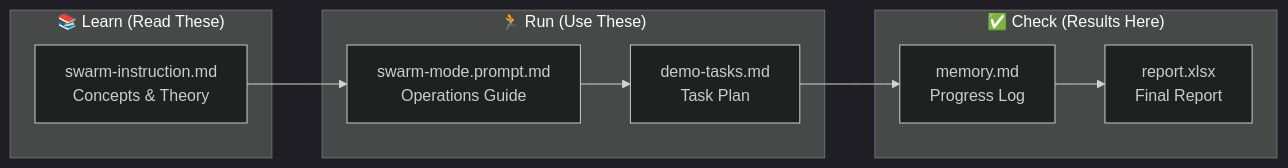
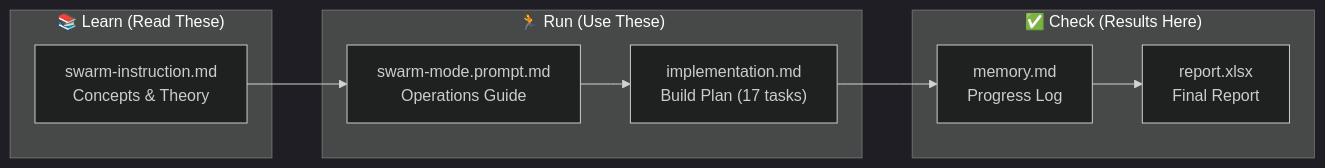
Before and after one commit to lenvolk/simplepetapp: the second of 5 diagrams in README.md, drawn with Mermaid (dark theme). The commit also changed other lines of this file and 7 other files, not shown here.

Commit message:
Refactor documentation and cleanup scripts: remove demo tasks, update implementation references, and enhance report tracking setup for multi-agent orchestration.

````diff
--- a/README.md
+++ b/README.md
@@ -208,18 +200,18 @@
 ```mermaid
 flowchart LR
     subgraph LEARN ["📚 Learn (Read These)"]
         A["swarm-instruction.md<br/>Concepts & Theory"]
     end
     
     subgraph RUN ["🏃 Run (Use These)"]
         B["swarm-mode.prompt.md<br/>Operations Guide"]
-        C["demo-tasks.md<br/>Task Plan"]
+        C["implementation.md<br/>Build Plan (17 tasks)"]
     end
     
     subgraph CHECK ["✅ Check (Results Here)"]
         D["memory.md<br/>Progress Log"]
         E["report.xlsx<br/>Final Report"]
     end
     
     A --> B --> C --> D --> E
 ```
````
